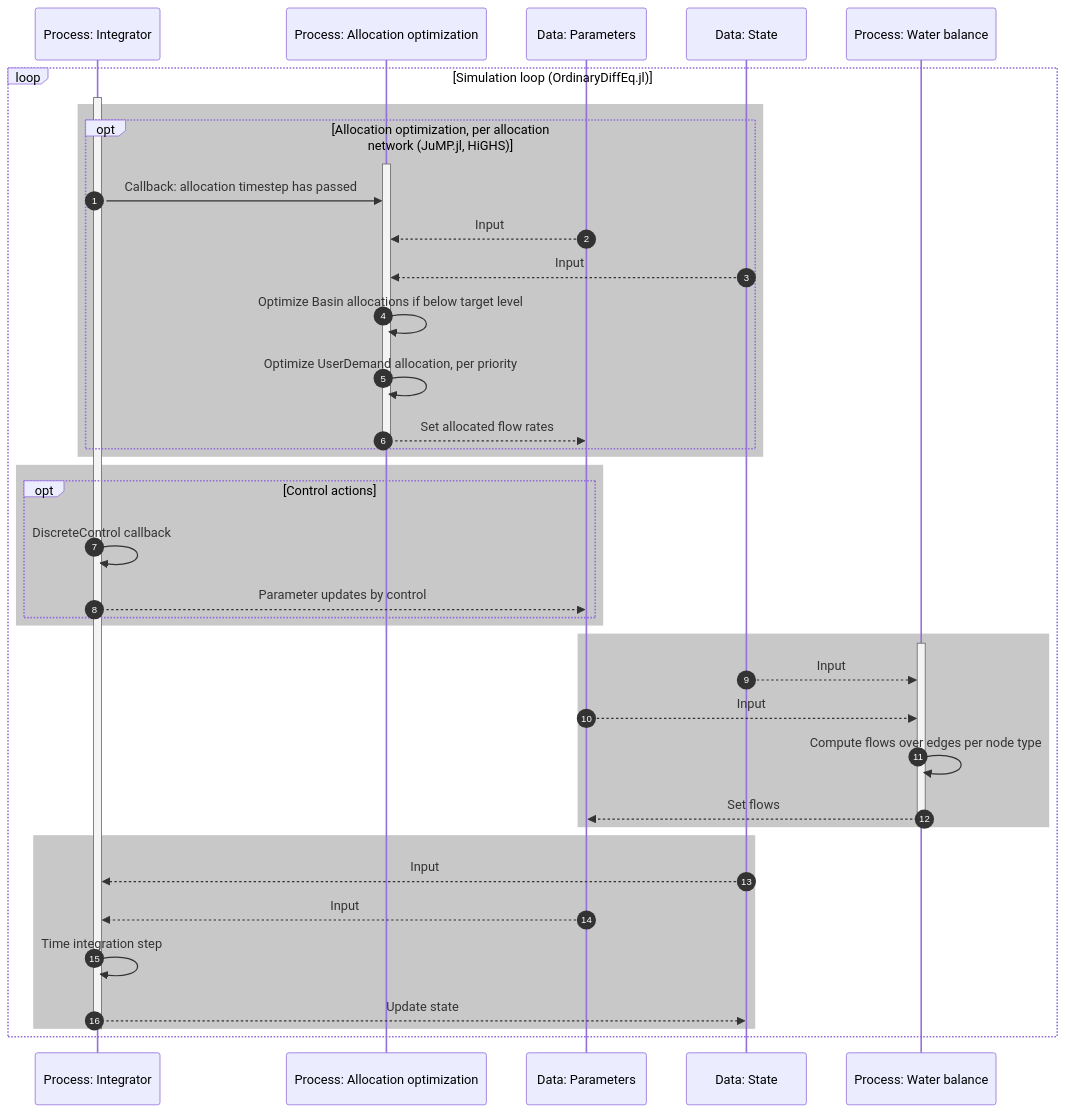
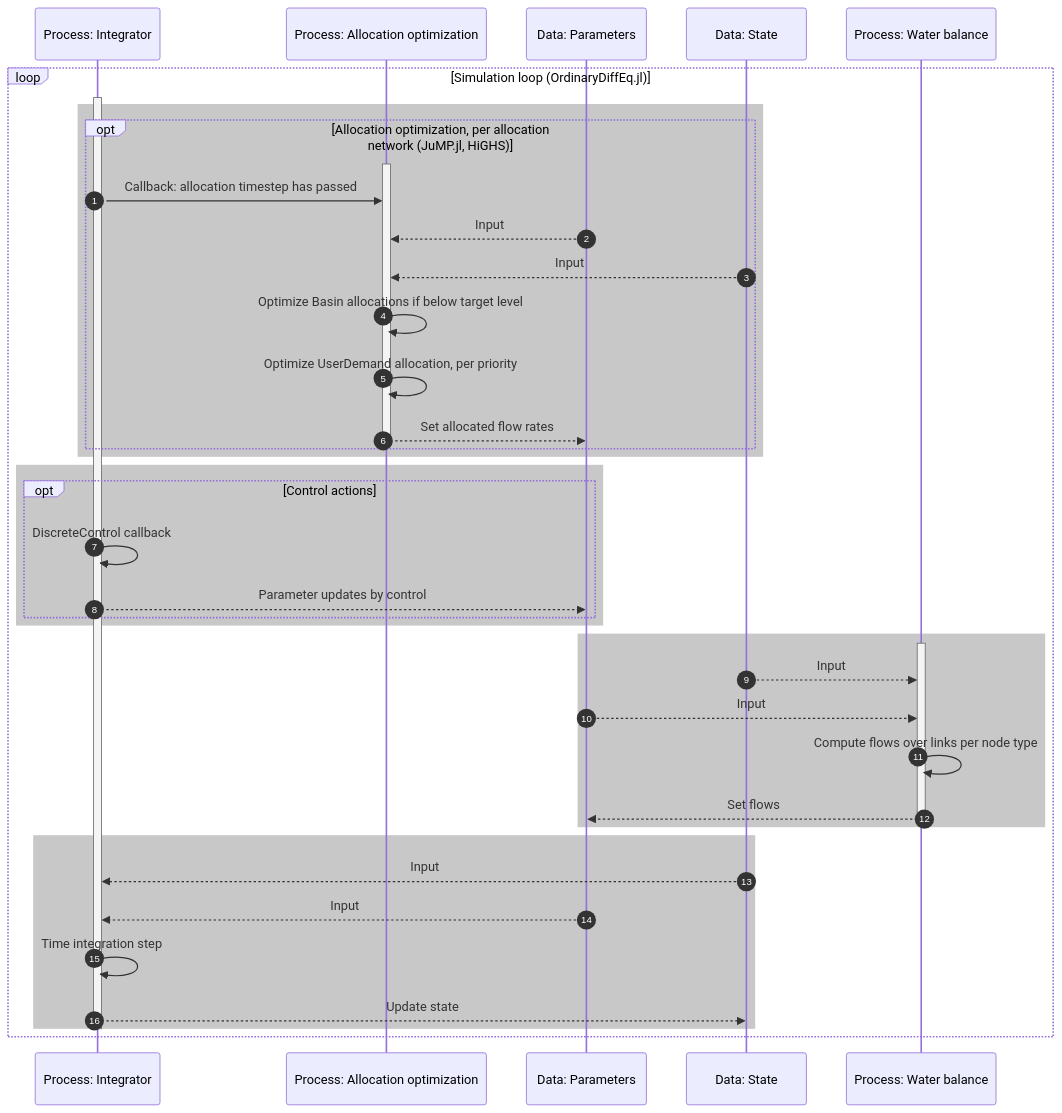
Before and after one commit to Deltares/Ribasim: the first of 2 diagrams in docs/concept/core.qmd, drawn with Mermaid. The commit also changed other lines of this file and 80 other files, not shown here.

````diff
--- a/docs/concept/core.qmd
+++ b/docs/concept/core.qmd
@@ -33,49 +33,49 @@
 ```{mermaid}
 sequenceDiagram
     autonumber
     participant Int as Process: Integrator
     participant Optim as Process: Allocation optimization
     participant Param as Data: Parameters
     participant State as Data: State
     participant Sim as Process: Water balance
     loop Simulation loop (OrdinaryDiffEq.jl)
         activate Int
         %% Allocation
         rect rgb(200, 200, 200)
             opt Allocation optimization, per allocation network (JuMP.jl, HiGHS)
                 activate Optim
                 Int->>Optim: Callback: allocation timestep has passed
                 Param-->>Optim: Input
                 State-->>Optim: Input
                 Optim->>Optim: Optimize Basin allocations if below target level
                 Optim->>Optim: Optimize UserDemand allocation, per priority
                 Optim-->>Param: Set allocated flow rates
                 deactivate Optim
             end
         end
         %% Control
         rect rgb(200, 200, 200)
             opt Control actions
                 Int->>Int: DiscreteControl callback
                 Int-->>Param: Parameter updates by control
             end
         end
         %% water_balance!
         rect rgb(200, 200, 200)
             activate Sim
             State-->>Sim: Input
             Param-->>Sim: Input
-            Sim->>Sim: Compute flows over edges per node type
+            Sim->>Sim: Compute flows over links per node type
             Sim-->>Param: Set flows
             deactivate Sim
         end
         %% Time integration
         rect rgb(200, 200, 200)
             State-->>Int: Input
             Param-->>Int: Input
             Int->>Int: Time integration step
             Int-->>State: Update state
         end
         deactivate Int
   end
 ```
````
